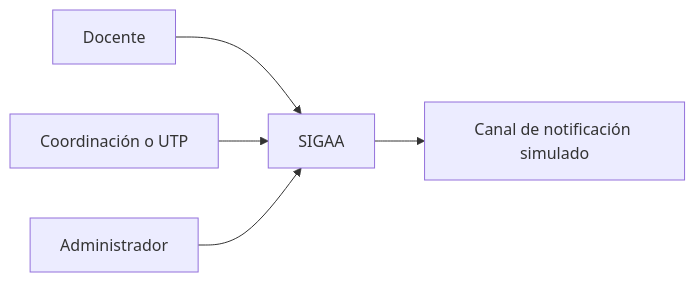
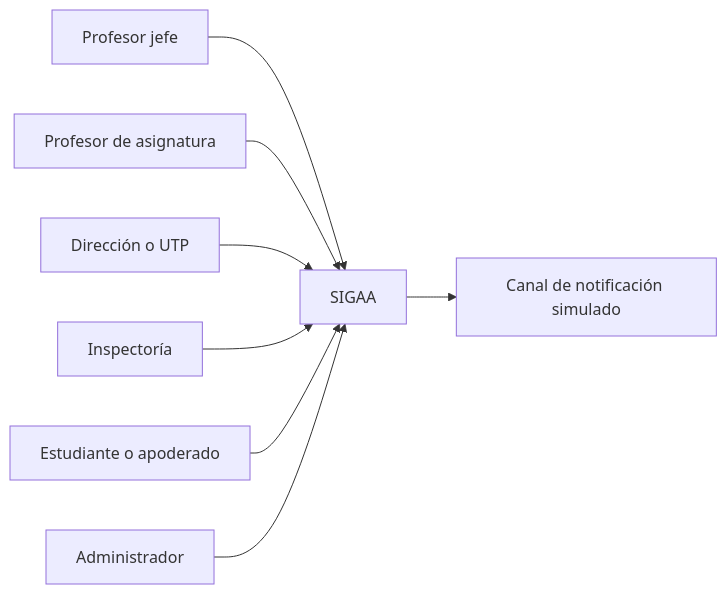
Before and after one commit to joellopez775/Captsone: the first of 2 diagrams in SIGAA/docs/design/01-arquitectura-contenedores.md, drawn with Mermaid. The commit also changed other lines of this file and 17 other files, not shown here.

````diff
--- a/SIGAA/docs/design/01-arquitectura-contenedores.md
+++ b/SIGAA/docs/design/01-arquitectura-contenedores.md
@@ -11,7 +11,10 @@
 ```mermaid
 flowchart LR
-    DOC[Docente] --> SIGAA[SIGAA]
-    UTP[Coordinación o UTP] --> SIGAA
+    PJ[Profesor jefe] --> SIGAA[SIGAA]
+    PA[Profesor de asignatura] --> SIGAA
+    UTP[Dirección o UTP] --> SIGAA
+    INS[Inspectoría] --> SIGAA
+    EST[Estudiante o apoderado] --> SIGAA
     ADM[Administrador] --> SIGAA
     SIGAA --> MAIL[Canal de notificación simulado]
 ```
````
